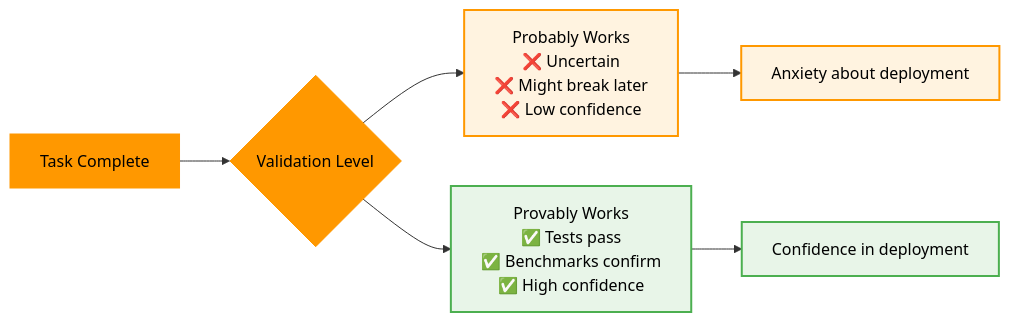
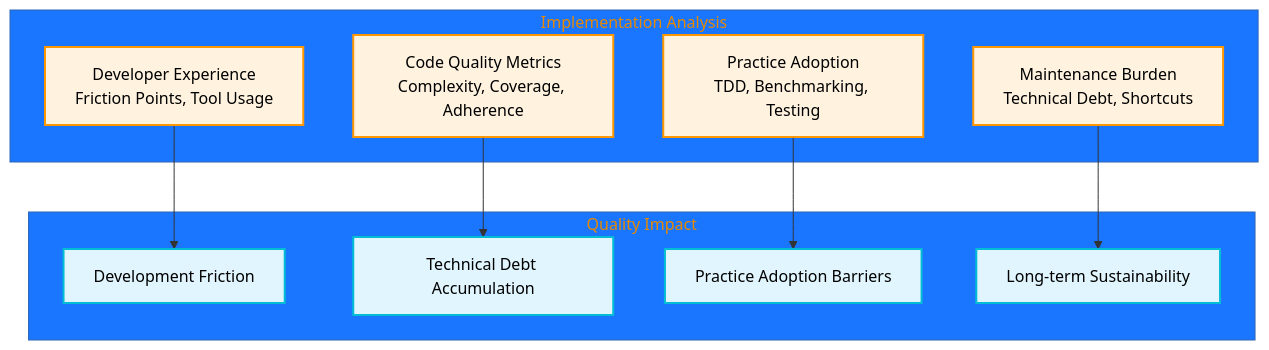
Before and after one commit to that-in-rust/campfire-on-rust: the fourth of 4 diagrams in .kiro/specs/S03-reflect-learn-improve-sop/design.md, drawn with Mermaid. The commit also changed other lines of this file and 1 other file, not shown here.

````diff
--- a/.kiro/specs/S03-reflect-learn-improve-sop/design.md
+++ b/.kiro/specs/S03-reflect-learn-improve-sop/design.md
@@ -97,17 +158,28 @@
 ```mermaid
 %%{init: {'theme':'base', 'themeVariables': {'primaryColor':'#ff9800','primaryTextColor':'#000000','primaryBorderColor':'#ff9800','lineColor':'#333333'}}}%%
-graph LR
-    A[Task Complete] --> B{Validation Level}
+graph TD
+    subgraph "Implementation Analysis"
+        CODE_QUALITY[Code Quality Metrics<br/>Complexity, Coverage, Adherence]
+        DEV_EXPERIENCE[Developer Experience<br/>Friction Points, Tool Usage]
+        PRACTICES[Practice Adoption<br/>TDD, Benchmarking, Testing]
+        MAINTENANCE[Maintenance Burden<br/>Technical Debt, Shortcuts]
+    end
     
-    B --> C["Probably Works"<br/>❌ Uncertain<br/>❌ Might break later<br/>❌ Low confidence]
-    B --> D["Provably Works"<br/>✅ Tests pass<br/>✅ Benchmarks confirm<br/>✅ High confidence]
+    subgraph "Quality Impact"
+        FRICTION[Development Friction]
+        DEBT[Technical Debt Accumulation]
+        ADOPTION[Practice Adoption Barriers]
+        SUSTAINABILITY[Long-term Sustainability]
+    end
     
-    C --> E[Anxiety about deployment]
-    D --> F[Confidence in deployment]
+    CODE_QUALITY --> DEBT
+    DEV_EXPERIENCE --> FRICTION
+    PRACTICES --> ADOPTION
+    MAINTENANCE --> SUSTAINABILITY
     
-    classDef probably fill:#fff3e0,stroke:#ff9800,stroke-width:2px,color:#000000
-    classDef provably fill:#e8f5e8,stroke:#4caf50,stroke-width:2px,color:#000000
+    classDef impl fill:#fff3e0,stroke:#ff9800,stroke-width:2px,color:#000000
+    classDef impact fill:#e1f5fe,stroke:#00bcd4,stroke-width:2px,color:#000000
     
-    class C,E probably
-    class D,F provably
+    class CODE_QUALITY,DEV_EXPERIENCE,PRACTICES,MAINTENANCE impl
+    class FRICTION,DEBT,ADOPTION,SUSTAINABILITY impact
 ```
````
